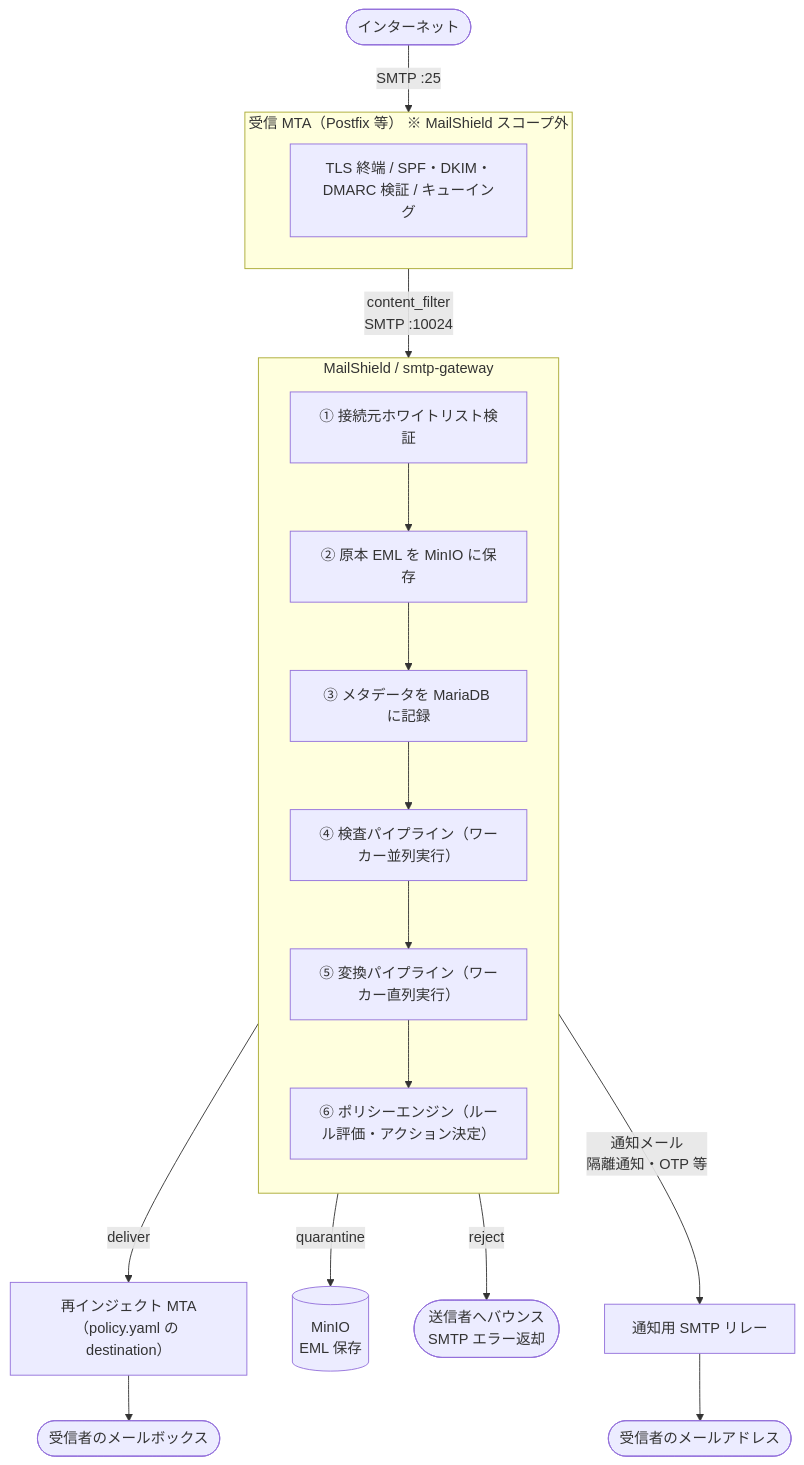
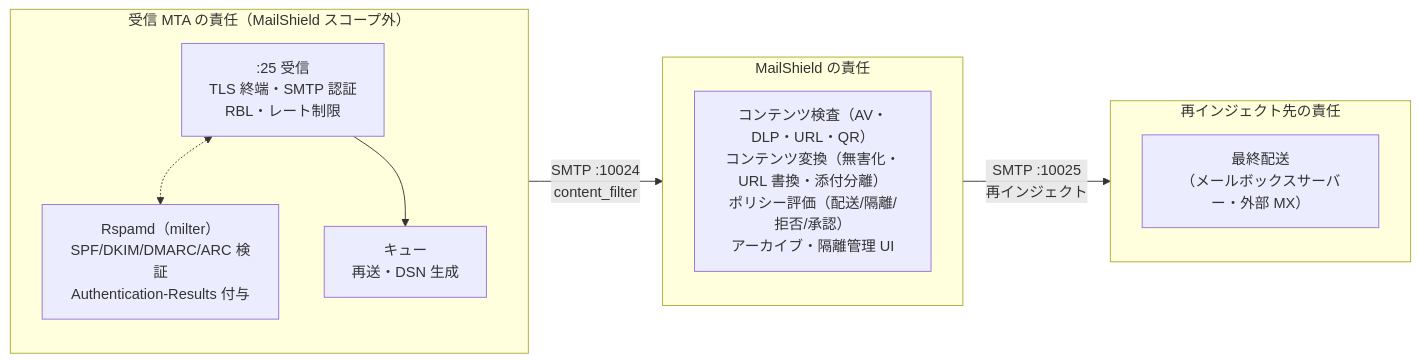
The second of 3 diagrams in docs/setup/overview.md (yumekui08/mailshield), drawn with Mermaid before and after one commit. The commit also changed other lines of this file, not shown here.

````diff
--- a/docs/setup/overview.md
+++ b/docs/setup/overview.md
@@ -41,30 +84,24 @@
 ```mermaid
-flowchart TD
-    Internet([インターネット]) -->|"SMTP :25"| MTA
-
-    subgraph MTA["受信 MTA（Postfix 等） ※ MailShield スコープ外"]
-        MTA_desc["TLS 終端 / SPF・DKIM・DMARC 検証 / キューイング"]
+flowchart LR
+    subgraph MTA["受信 MTA の責任（MailShield スコープ外）"]
+        direction TB
+        IN[":25 受信<br>TLS 終端・SMTP 認証<br>RBL・レート制限"]
+        RSPAMD["Rspamd（milter）<br>SPF/DKIM/DMARC/ARC 検証<br>Authentication-Results 付与"]
+        QUEUE["キュー<br>再送・DSN 生成"]
+        IN <-.-> RSPAMD
+        IN --> QUEUE
     end
 
-    MTA -->|"content_filter\nSMTP :10024"| GW
-
-    subgraph GW["MailShield / smtp-gateway"]
+    subgraph MS["MailShield の責任"]
         direction TB
-        S1["① 接続元ホワイトリスト検証"]
-        S2["② 原本 EML を MinIO に保存"]
-        S3["③ メタデータを MariaDB に記録"]
-        S4["④ 検査パイプライン（ワーカー並列実行）"]
-        S5["⑤ 変換パイプライン（ワーカー直列実行）"]
-        S6["⑥ ポリシーエンジン（ルール評価・アクション決定）"]
-        S1 --> S2 --> S3 --> S4 --> S5 --> S6
+        GW["コンテンツ検査（AV・DLP・URL・QR）<br>コンテンツ変換（無害化・URL 書換・添付分離）<br>ポリシー評価（配送/隔離/拒否/承認）<br>アーカイブ・隔離管理 UI"]
     end
 
-    S6 -->|deliver| Reinject["再インジェクト MTA\n（policy.yaml の destination）"]
-    S6 -->|quarantine| MinIO[("MinIO\nEML 保存")]
-    S6 -->|reject| Bounce(["送信者へバウンス\nSMTP エラー返却"])
+    subgraph FINAL["再インジェクト先の責任"]
+        direction TB
+        OUT["最終配送<br>（メールボックスサーバー・外部 MX）"]
+    end
 
-    Reinject --> Mailbox([受信者のメールボックス])
-
-    GW -->|"通知メール\n隔離通知・OTP 等"| NotifySMTP["通知用 SMTP リレー"]
-    NotifySMTP --> Recipient([受信者のメールアドレス])
+    QUEUE -->|"SMTP :10024<br>content_filter"| GW
+    GW -->|"SMTP :10025<br>再インジェクト"| OUT
 ```
````
